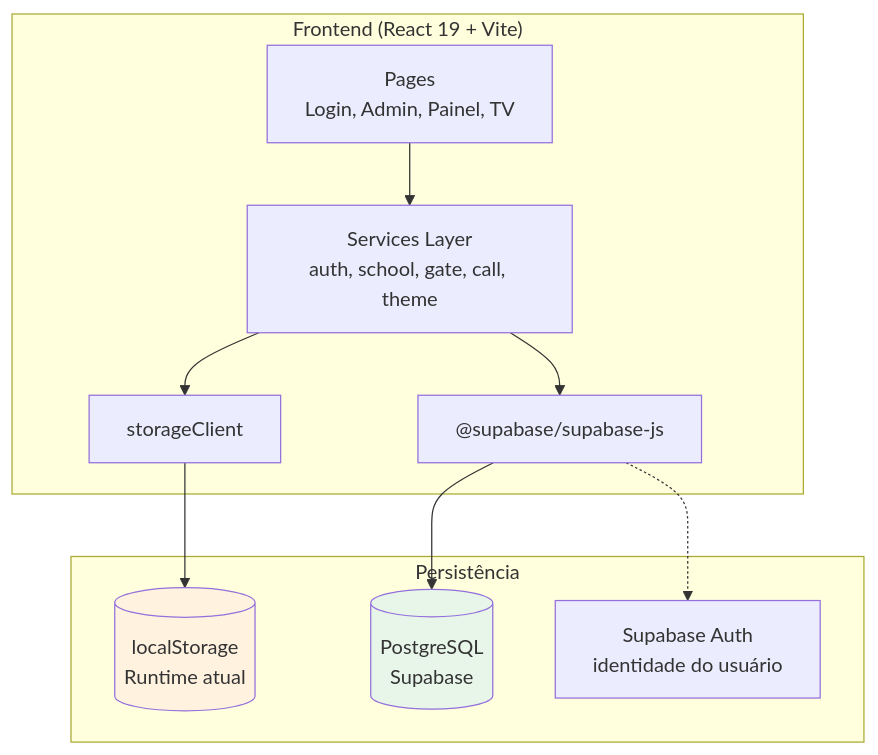
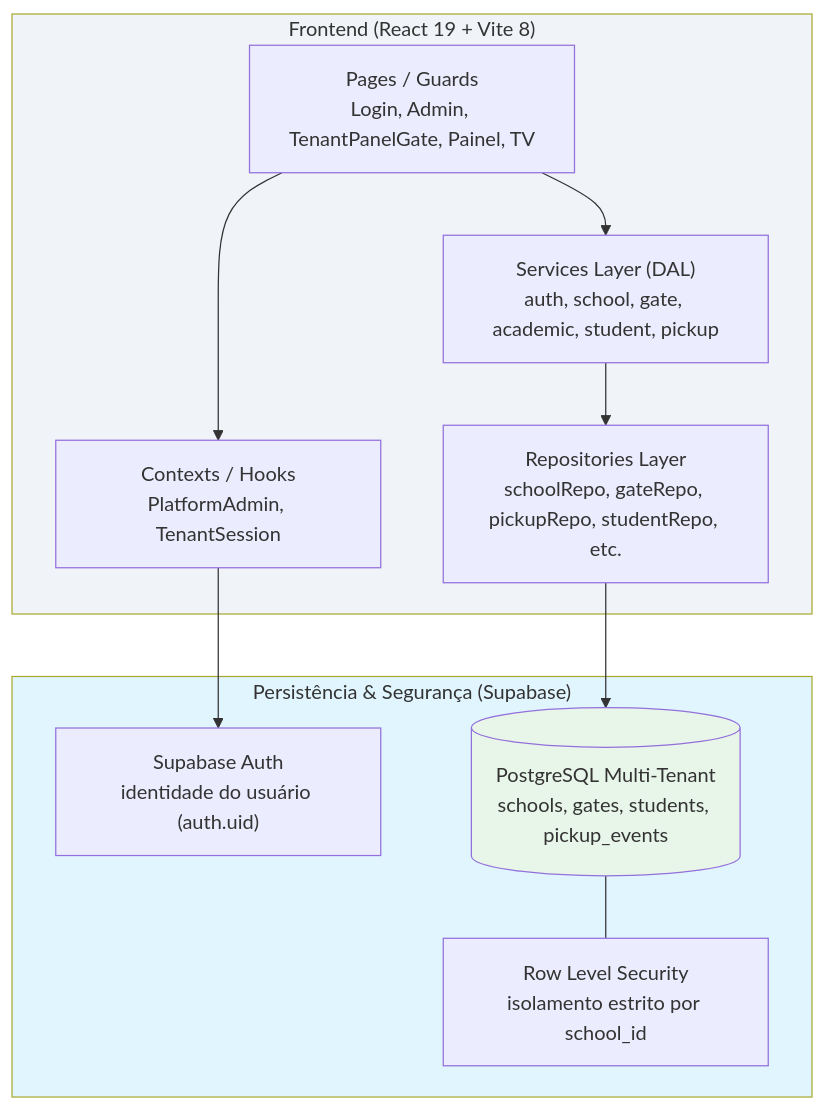
Before and after one commit to wesleytj/smart-exit-school: the diagram in docs/arquitetura.md, drawn with Mermaid. The commit also changed other lines of this file and 2 other files, not shown here.

Commit message:
docs(architecture): align project structure, dal layers and route guards

````diff
--- a/docs/arquitetura.md
+++ b/docs/arquitetura.md
@@ -7,25 +7,26 @@
 ```mermaid
 graph TB
-    subgraph Frontend["Frontend (React 19 + Vite)"]
-        Pages["Pages<br/>Login, Admin, Painel, TV"]
-        Services["Services Layer<br/>auth, school, gate, call, theme"]
-        StorageClient["storageClient"]
-        SupabaseJS["@supabase/supabase-js"]
+    subgraph Frontend["Frontend (React 19 + Vite 8)"]
+        Pages["Pages / Guards<br/>Login, Admin, TenantPanelGate, Painel, TV"]
+        Contexts["Contexts / Hooks<br/>PlatformAdmin, TenantSession"]
+        Services["Services Layer (DAL)<br/>auth, school, gate, academic, student, pickup"]
+        Repositories["Repositories Layer<br/>schoolRepo, gateRepo, pickupRepo, studentRepo, etc."]
     end
 
-    subgraph Persistence["Persistência"]
-        LS[("localStorage<br/>Runtime atual")]
-        PG[("PostgreSQL<br/>Supabase")]
-        Auth["Supabase Auth<br/>identidade do usuário"]
+    subgraph Backend["Persistência & Segurança (Supabase)"]
+        Auth["Supabase Auth<br/>identidade do usuário (auth.uid)"]
+        PG[("PostgreSQL Multi-Tenant<br/>schools, gates, students, pickup_events")]
+        RLS["Row Level Security<br/>isolamento estrito por school_id"]
     end
 
+    Pages --> Contexts
     Pages --> Services
-    Services --> StorageClient
-    Services --> SupabaseJS
-    StorageClient --> LS
-    SupabaseJS --> PG
-    SupabaseJS -.-> Auth
+    Services --> Repositories
+    Repositories --> PG
+    Contexts --> Auth
+    PG --- RLS
 
     style PG fill:#e8f5e9
-    style LS fill:#fff3e0
+    style Frontend fill:#f0f4f8
+    style Backend fill:#e1f5fe
 ```
````
